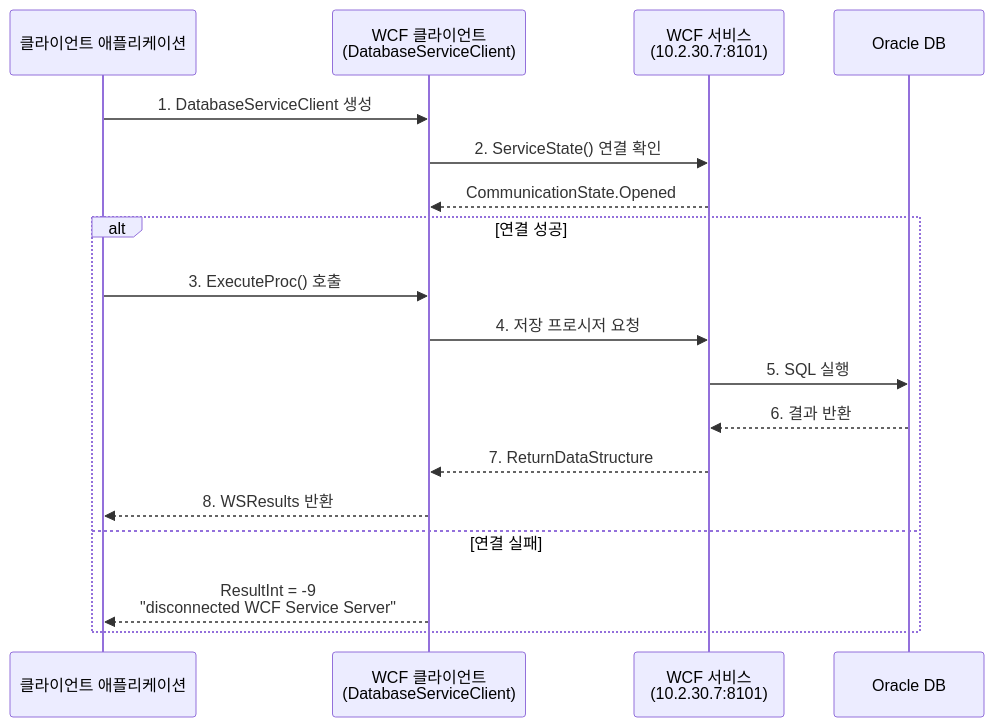
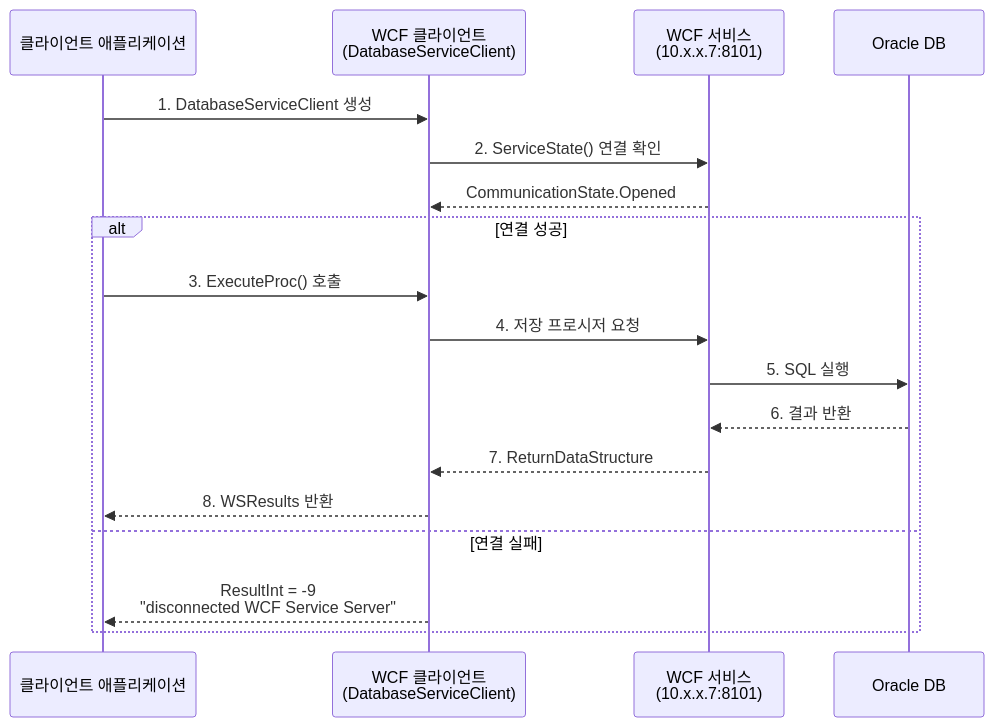
Before and after one commit to YouHyuksoo/HNSMES: the diagram in docs/api/wcf-service.md, drawn with Mermaid. The commit also changed other lines of this file and 310 other files, not shown here.

````diff
--- a/docs/api/wcf-service.md
+++ b/docs/api/wcf-service.md
@@ -239,22 +239,22 @@
 ```mermaid
 sequenceDiagram
     participant Client as 클라이언트 애플리케이션
     participant WCF as WCF 클라이언트<br/>(DatabaseServiceClient)
-    participant Service as WCF 서비스<br/>(10.2.30.7:8101)
+    participant Service as WCF 서비스<br/>(10.x.x.7:8101)
     participant DB as Oracle DB
 
     Client->>WCF: 1. DatabaseServiceClient 생성
     WCF->>Service: 2. ServiceState() 연결 확인
     Service-->>WCF: CommunicationState.Opened
     
     alt 연결 성공
         Client->>WCF: 3. ExecuteProc() 호출
         WCF->>Service: 4. 저장 프로시저 요청
         Service->>DB: 5. SQL 실행
         DB-->>Service: 6. 결과 반환
         Service-->>WCF: 7. ReturnDataStructure
         WCF-->>Client: 8. WSResults 반환
     else 연결 실패
         WCF-->>Client: ResultInt = -9<br/>"disconnected WCF Service Server"
     end
 ```
````
